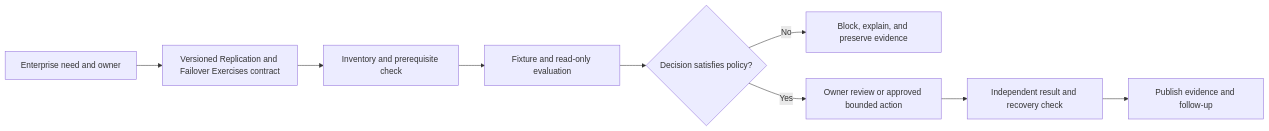
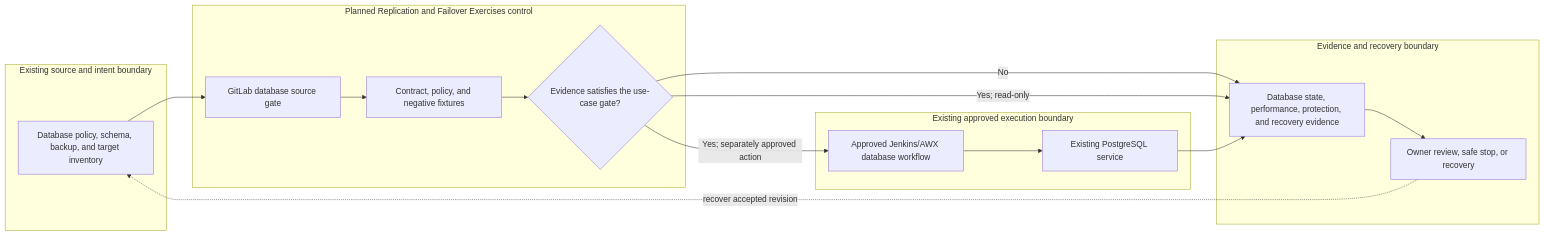
Before and after one commit to MIDHTECH/enterprise-architecture-docs: the diagram in docs/use-cases/database/UC-DB-015-replication-and-failover-exercises.md, drawn with Mermaid. The commit also changed other lines of this file and 227 other files, not shown here.

Commit message:
Deepen architecture for all use case designs

````diff
--- a/docs/use-cases/database/UC-DB-015-replication-and-failover-exercises.md
+++ b/docs/use-cases/database/UC-DB-015-replication-and-failover-exercises.md
@@ -136,11 +129,25 @@
 ```mermaid
 flowchart LR
-    Need["Enterprise need and owner"] --> Contract["Versioned Replication and Failover Exercises contract"]
-    Contract --> Preflight["Inventory and prerequisite check"]
-    Preflight --> Evaluate["Fixture and read-only evaluation"]
-    Evaluate --> Decision{"Decision satisfies policy?"}
-    Decision -->|No| Stop["Block, explain, and preserve evidence"]
-    Decision -->|Yes| Review["Owner review or approved bounded action"]
-    Review --> Verify["Independent result and recovery check"]
-    Verify --> Publish["Publish evidence and follow-up"]
+    subgraph Source["Existing source and intent boundary"]
+        A["Database policy, schema, backup, and target inventory"]
+    end
+    subgraph Planned["Planned Replication and Failover Exercises control"]
+        B["GitLab database source gate"]
+        C["Contract, policy, and negative fixtures"]
+        D{"Evidence satisfies the use-case gate?"}
+    end
+    subgraph Runtime["Existing approved execution boundary"]
+        E["Approved Jenkins/AWX database workflow"]
+        F["Existing PostgreSQL service"]
+    end
+    subgraph Assurance["Evidence and recovery boundary"]
+        G["Database state, performance, protection, and recovery evidence"]
+        H["Owner review, safe stop, or recovery"]
+    end
+
+    A --> B --> C --> D
+    D -->|No| G --> H
+    D -->|Yes; read-only| G
+    D -->|Yes; separately approved action| E --> F --> G
+    H -. recover accepted revision .-> A
 ```
````
